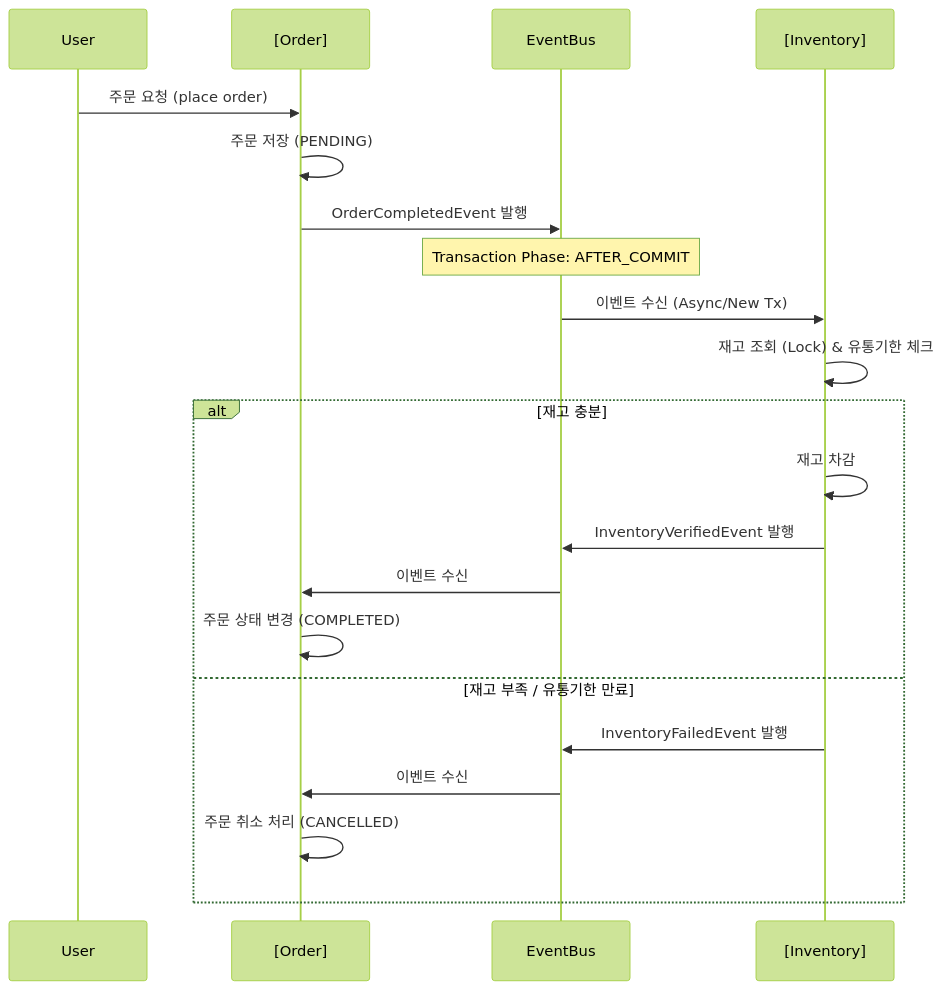
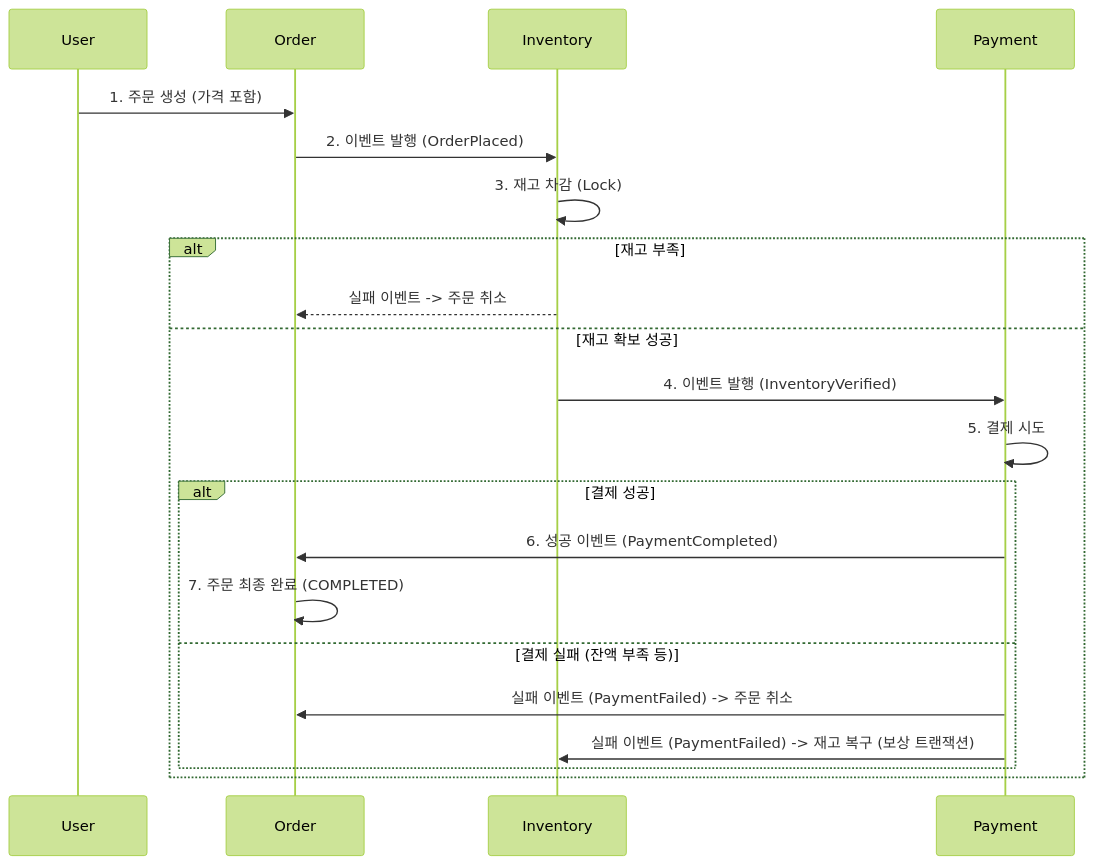
Before and after one commit to 209youngG/demo-modulish: the diagram in README.md, drawn with Mermaid (forest theme). The commit also changed 26 other files, not shown here.

````diff
--- a/README.md
+++ b/README.md
@@ -15,27 +15,28 @@
 ```mermaid
 sequenceDiagram
     participant User
-    participant OrderModule as [Order]
-    participant EventBus
-    participant InventoryModule as [Inventory]
+    participant Order
+    participant Inventory
+    participant Payment
 
-    User->>OrderModule: 주문 요청 (place order)
-    OrderModule->>OrderModule: 주문 저장 (PENDING)
-    OrderModule->>EventBus: OrderCompletedEvent 발행
-    
-    Note over EventBus: Transaction Phase: AFTER_COMMIT
-    
-    EventBus->>InventoryModule: 이벤트 수신 (Async/New Tx)
-    InventoryModule->>InventoryModule: 재고 조회 (Lock) & 유통기한 체크
-    
-    alt 재고 충분
-        InventoryModule->>InventoryModule: 재고 차감
-        InventoryModule->>EventBus: InventoryVerifiedEvent 발행
-        EventBus->>OrderModule: 이벤트 수신
-        OrderModule->>OrderModule: 주문 상태 변경 (COMPLETED)
-    else 재고 부족 / 유통기한 만료
-        InventoryModule->>EventBus: InventoryFailedEvent 발행
-        EventBus->>OrderModule: 이벤트 수신
-        OrderModule->>OrderModule: 주문 취소 처리 (CANCELLED)
+    User->>Order: 1. 주문 생성 (가격 포함)
+    Order->>Inventory: 2. 이벤트 발행 (OrderPlaced)
+
+    Inventory->>Inventory: 3. 재고 차감 (Lock)
+
+    alt 재고 부족
+        Inventory-->>Order: 실패 이벤트 -> 주문 취소
+    else 재고 확보 성공
+        Inventory->>Payment: 4. 이벤트 발행 (InventoryVerified)
+
+        Payment->>Payment: 5. 결제 시도
+
+        alt 결제 성공
+            Payment->>Order: 6. 성공 이벤트 (PaymentCompleted)
+            Order->>Order: 7. 주문 최종 완료 (COMPLETED)
+        else 결제 실패 (잔액 부족 등)
+            Payment->>Order: 실패 이벤트 (PaymentFailed) -> 주문 취소
+            Payment->>Inventory: 실패 이벤트 (PaymentFailed) -> 재고 복구 (보상 트랜잭션)
+        end
     end
 ```
````
